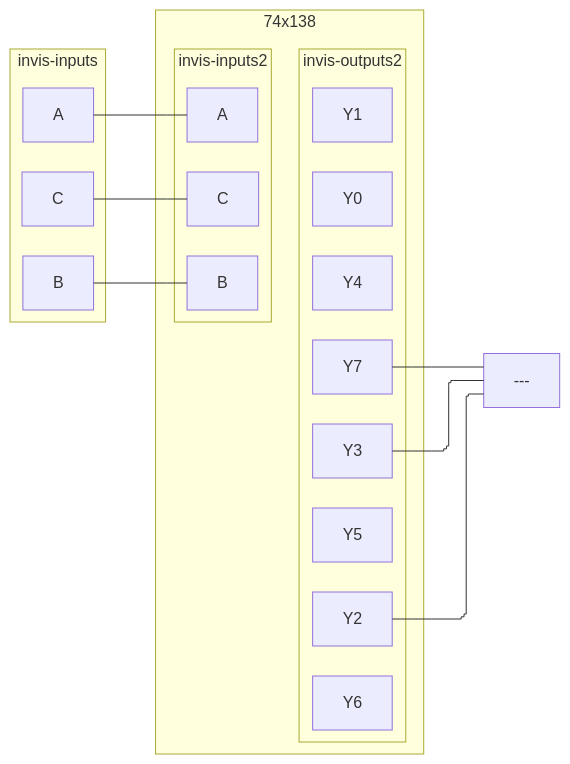
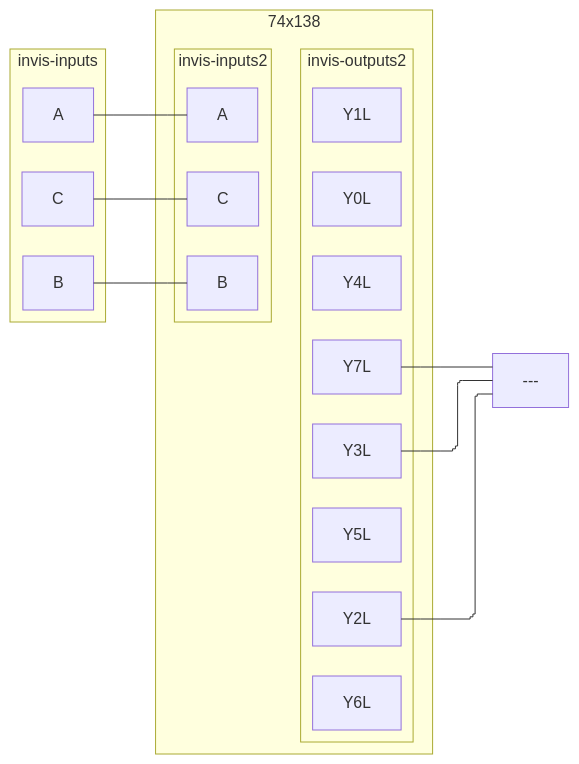
The diagram in CSDS 281 - Logic Design/HW/7/tables.md (tnichols217/notes), drawn with Mermaid before and after one commit.

Commit message:
vault backup: 2024-03-27 11:06:14

````diff
--- a/CSDS 281 - Logic Design/HW/7/tables.md
+++ b/CSDS 281 - Logic Design/HW/7/tables.md
@@ -27,28 +27,28 @@
 ```mermaid
 %%{ init: { 'flowchart': { 'curve': 'stepBefore', "defaultRenderer": "elk" } } }%%
 flowchart LR
 subgraph invis-inputs
 A
 B
 C
 end
 subgraph 74x138
 subgraph invis-inputs2
 A --- Aa["A"]
 B --- Bb["B"]
 C --- Cc["C"]
 end
 subgraph invis-outputs2
-Y0
-Y1
-Y2
-Y3
-Y4
-Y5
-Y6
-Y7
+Y0L
+Y1L
+Y2L
+Y3L
+Y4L
+Y5L
+Y6L
+Y7L
 end
 invis-inputs2 ~~~ invis-outputs2
 end
-Y2 & Y3 & Y7 --- nand1[---]
+Y2L & Y3L & Y7L --- nand1[---]
 ```
````
